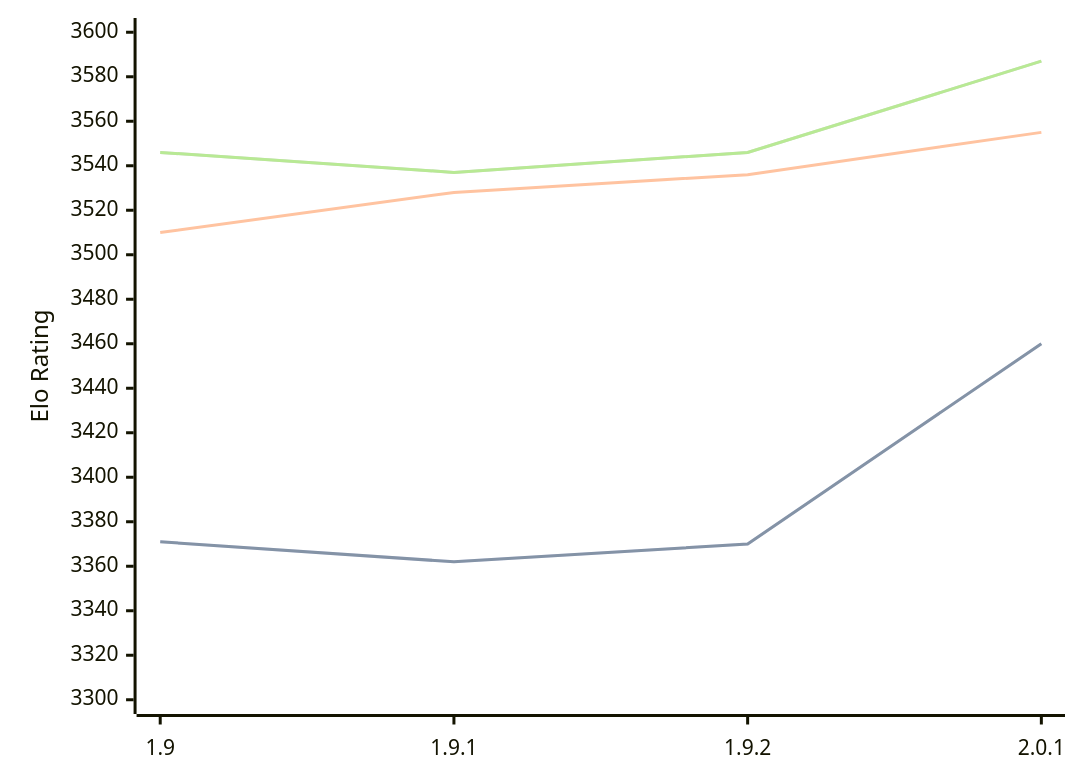
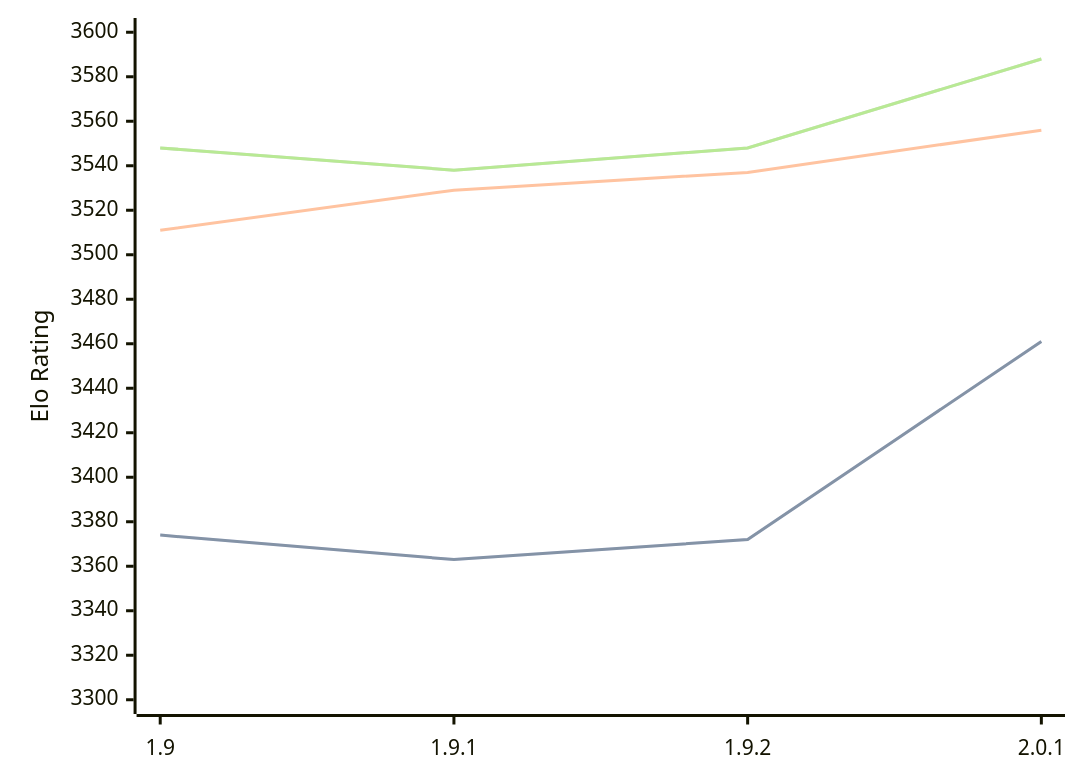
One commit to computer-chess-index/cci changed the diagram in engines/Pawnocchio.md. Above: the diagram before and after it, drawn with Mermaid. The commit also changed other lines of this file, not shown here.

Commit message:
Update CCI Ratings (ELO VLTC) - 2026-08-22

````diff
--- a/engines/Pawnocchio.md
+++ b/engines/Pawnocchio.md
@@ -36,11 +36,11 @@
 ```mermaid
 %%{init: {"theme":"base","themeVariables":{"seriesColors:['#a3a3a3','#222221','#faa371']}}}%%
 xychart-beta
   x-axis ["1.9", "1.9.1", "1.9.2", "2.0.1"]
   y-axis "Elo Rating" 3300 --> 3600
-  line "STC (8.0+0.08s)" [3371, 3362, 3370, 3460]
-  line "STC (8.0+0.08s)" [3371, 3362, 3370, 3460]
-  line "LTC (60.0+0.60s)" [3510, 3528, 3536, 3555]
-  line "VLTC (2m24s+1.12s)" [3546, 3537, 3546, 3587]
-  line "VLTC (2m24s+1.12s)" [3546, 3537, 3546, 3587]
+  line "STC (8.0+0.08s)" [3374, 3363, 3372, 3461]
+  line "STC (8.0+0.08s)" [3374, 3363, 3372, 3461]
+  line "LTC (60.0+0.60s)" [3511, 3529, 3537, 3556]
+  line "VLTC (2m24s+1.12s)" [3548, 3538, 3548, 3588]
+  line "VLTC (2m24s+1.12s)" [3548, 3538, 3548, 3588]
 ```
````
